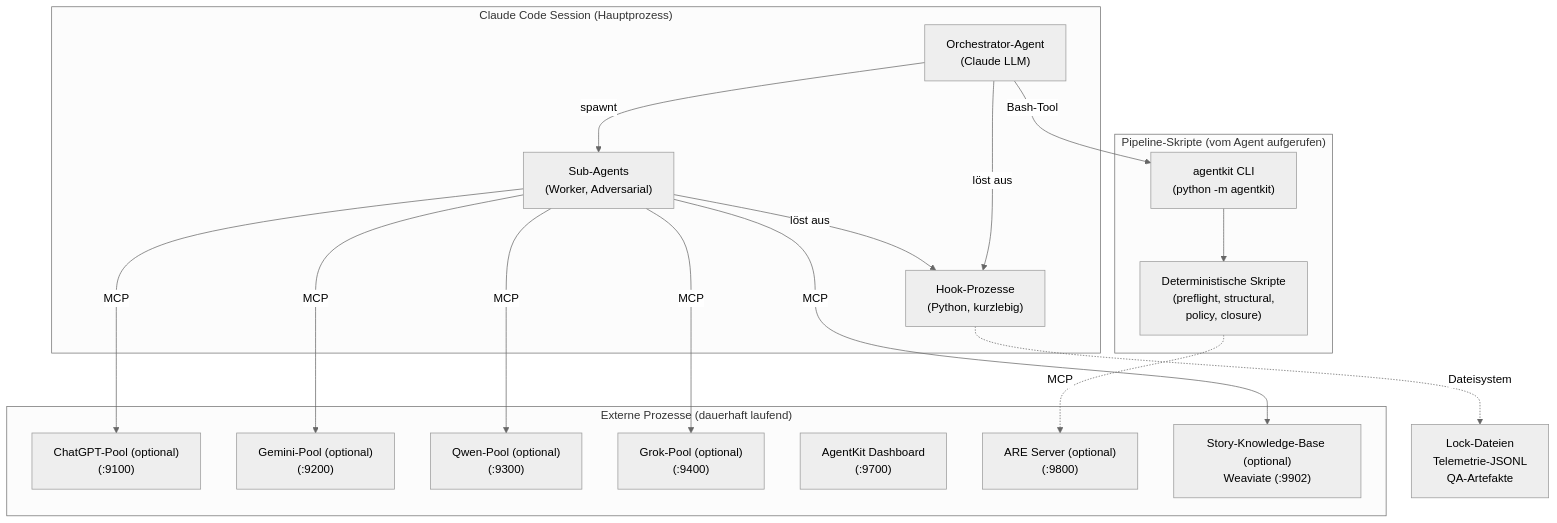
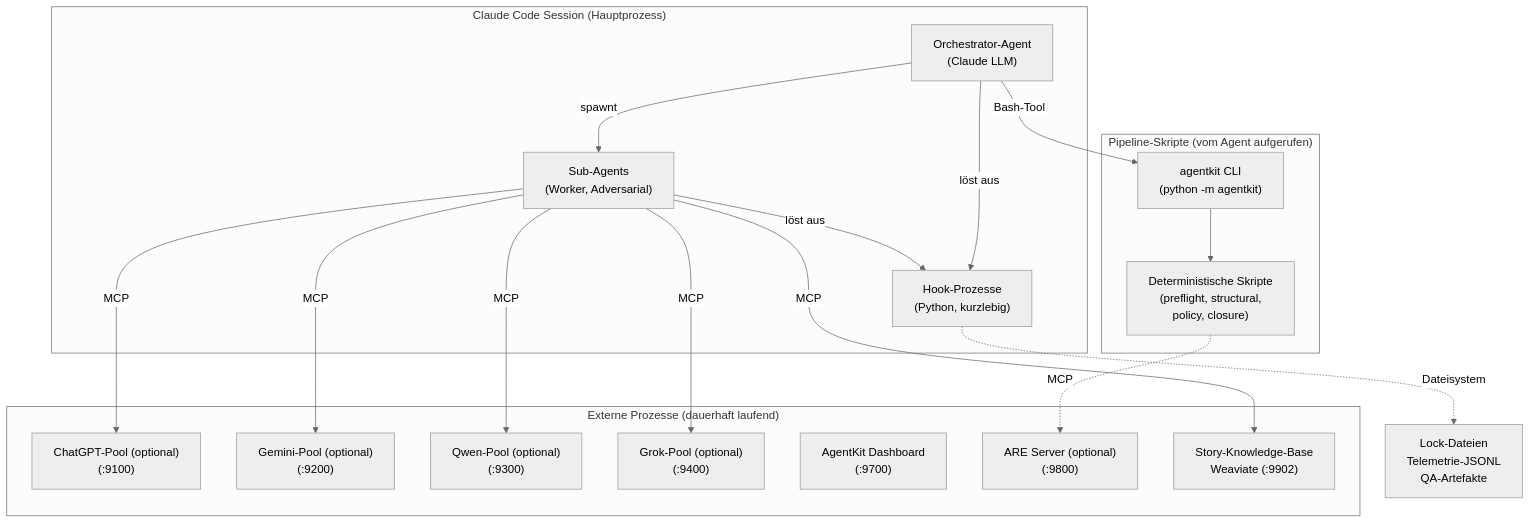
Before and after one commit to saltenhof/claude-agentkit3: the first of 2 diagrams in concept/technical-design/10_runtime_deployment_speicher.md, drawn with Mermaid (neutral theme). The commit also changed other lines of this file and 29 other files, not shown here.

````diff
--- a/concept/technical-design/10_runtime_deployment_speicher.md
+++ b/concept/technical-design/10_runtime_deployment_speicher.md
@@ -34,37 +34,37 @@
 ```mermaid
 graph TB
     subgraph SESSION["Claude Code Session (Hauptprozess)"]
         ORCH["Orchestrator-Agent<br/>(Claude LLM)"]
         HOOKS["Hook-Prozesse<br/>(Python, kurzlebig)"]
         SUBAGENTS["Sub-Agents<br/>(Worker, Adversarial)"]
 
         ORCH -->|"spawnt"| SUBAGENTS
         ORCH -->|"löst aus"| HOOKS
         SUBAGENTS -->|"löst aus"| HOOKS
     end
 
     subgraph PIPELINE["Pipeline-Skripte (vom Agent aufgerufen)"]
         CLI["agentkit CLI<br/>(python -m agentkit)"]
         SCRIPTS["Deterministische Skripte<br/>(preflight, structural,<br/>policy, closure)"]
     end
 
     subgraph EXTERN["Externe Prozesse (dauerhaft laufend)"]
         POOL_C["ChatGPT-Pool (optional)<br/>(:9100)"]
         POOL_G["Gemini-Pool (optional)<br/>(:9200)"]
         POOL_Q["Qwen-Pool (optional)<br/>(:9300)"]
         POOL_X["Grok-Pool (optional)<br/>(:9400)"]
         DASHBOARD["AgentKit Dashboard<br/>(:9700)"]
         ARE_EXT["ARE Server (optional)<br/>(:9800)"]
-        WEAVIATE["Story-Knowledge-Base (optional)<br/>Weaviate (:9902)"]
+        WEAVIATE["Story-Knowledge-Base<br/>Weaviate (:9902)"]
     end
 
     ORCH -->|"Bash-Tool"| CLI
     CLI --> SCRIPTS
     HOOKS -.->|"Dateisystem"| LOCKFILES["Lock-Dateien<br/>Telemetrie-JSONL<br/>QA-Artefakte"]
     SUBAGENTS -->|"MCP"| POOL_C
     SUBAGENTS -->|"MCP"| POOL_G
     SUBAGENTS -->|"MCP"| POOL_Q
     SUBAGENTS -->|"MCP"| POOL_X
     SUBAGENTS -->|"MCP"| WEAVIATE
     SCRIPTS -.->|"MCP"| ARE_EXT
 ```
````
